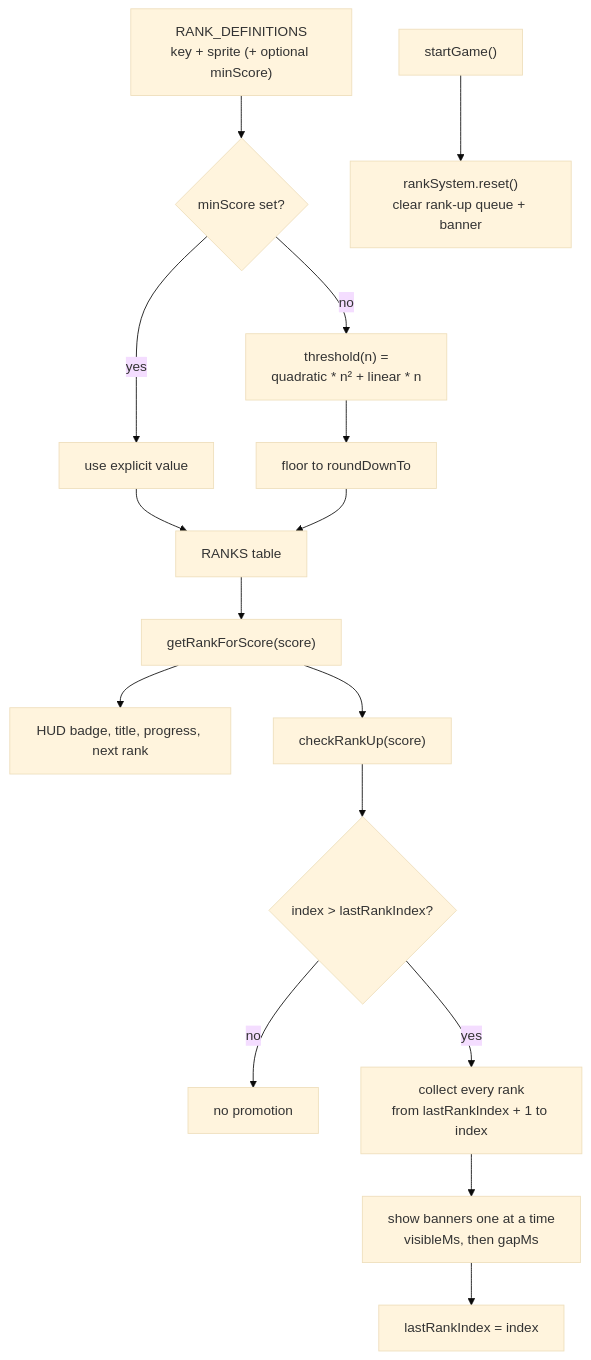
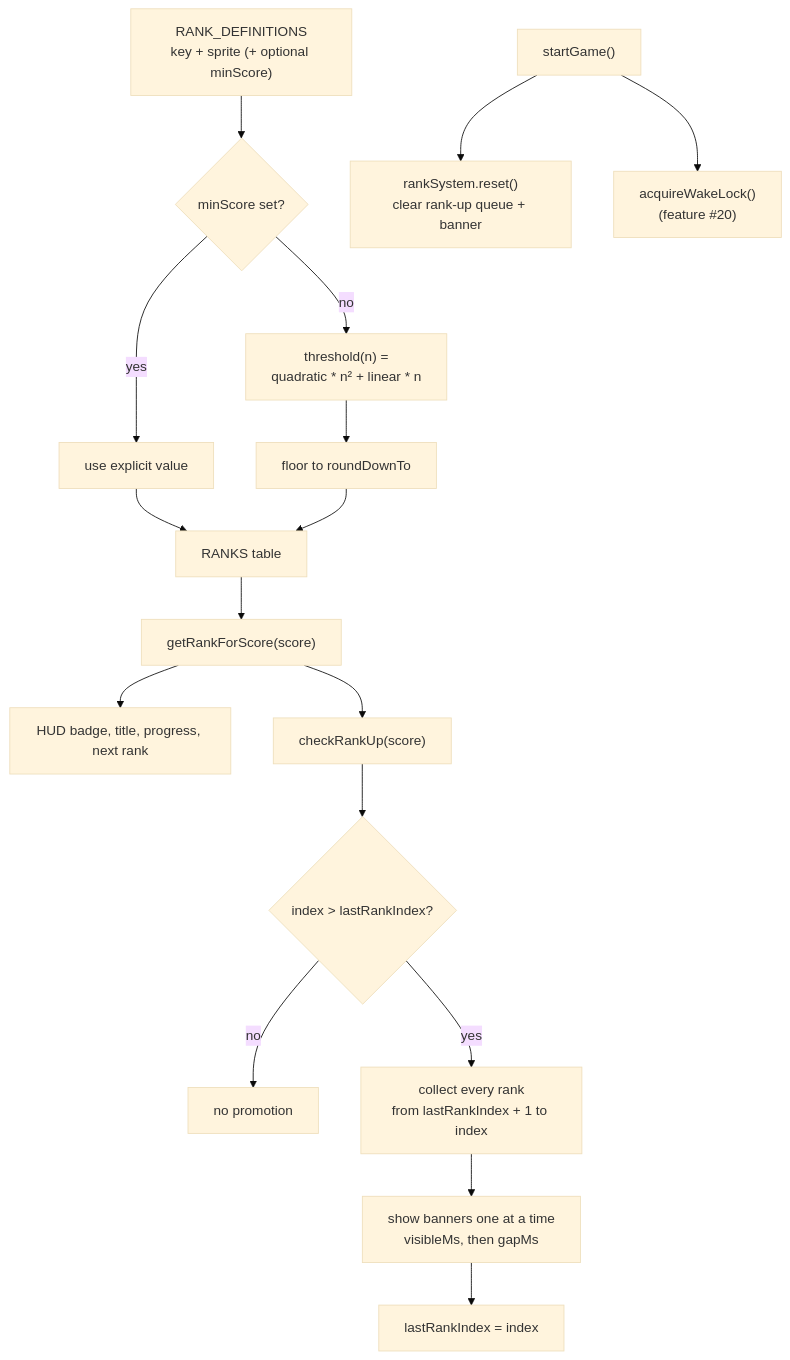
One commit to Protosnake/veslo changed the first of 2 diagrams in docs/features/12-ranking.md. Above: the diagram before and after it, drawn with Mermaid (base theme). The commit also changed other lines of this file and 40 other files, not shown here.

````diff
--- a/docs/features/12-ranking.md
+++ b/docs/features/12-ranking.md
@@ -5,18 +5,19 @@
 ```mermaid
 flowchart TD
     A["RANK_DEFINITIONS<br/>key + sprite (+ optional minScore)"] --> B{"minScore set?"}
     B -->|yes| C["use explicit value"]
     B -->|no| D["threshold(n) =<br/>quadratic * n² + linear * n"]
     D --> E["floor to roundDownTo"]
     C --> F["RANKS table"]
     E --> F
     F --> G["getRankForScore(score)"]
     G --> H["HUD badge, title, progress, next rank"]
     G --> I["checkRankUp(score)"]
     I --> J{"index > lastRankIndex?"}
     J -->|no| K["no promotion"]
     J -->|yes| L["collect every rank<br/>from lastRankIndex + 1 to index"]
     L --> M["show banners one at a time<br/>visibleMs, then gapMs"]
     M --> N["lastRankIndex = index"]
     O["startGame()"] --> P["rankSystem.reset()<br/>clear rank-up queue + banner"]
+    O --> W["acquireWakeLock()<br/>(feature #20)"]
 ```
````
